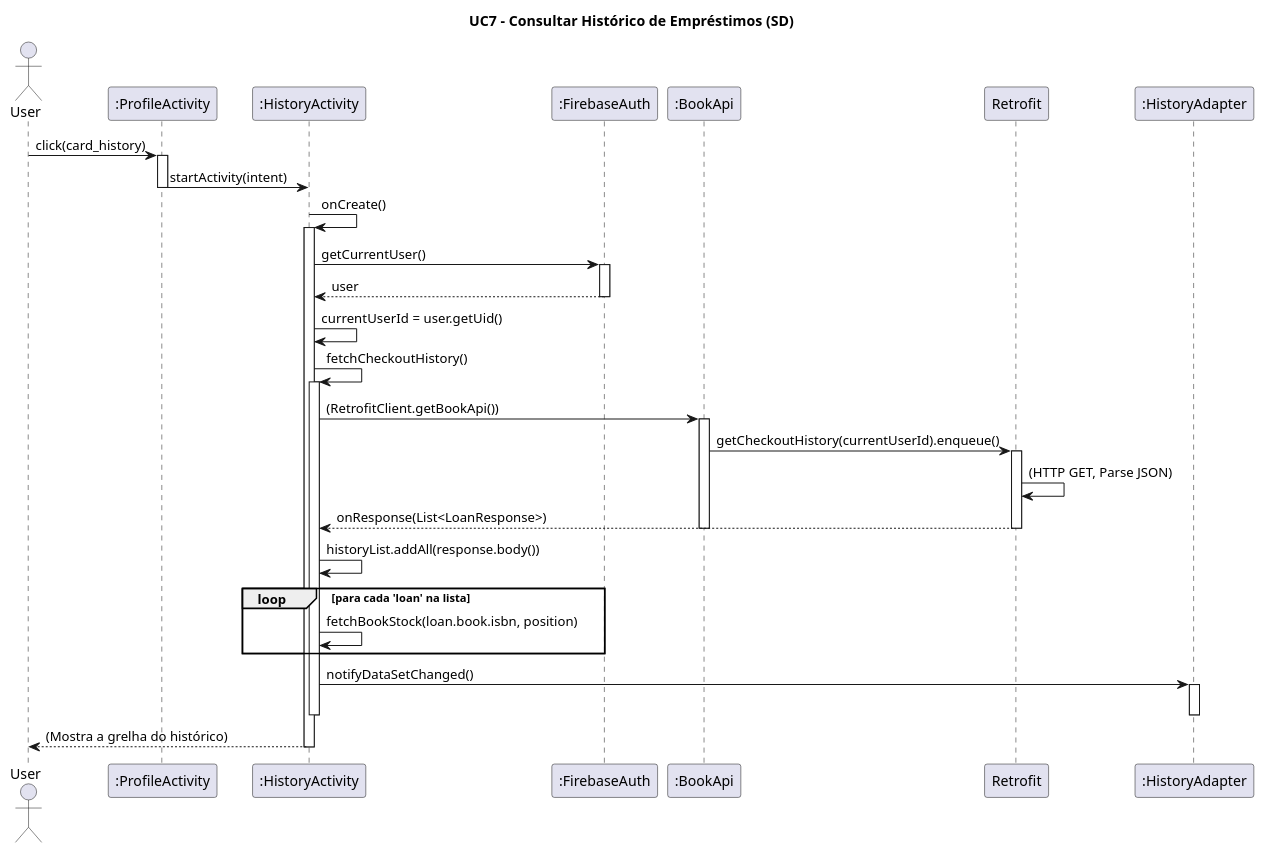
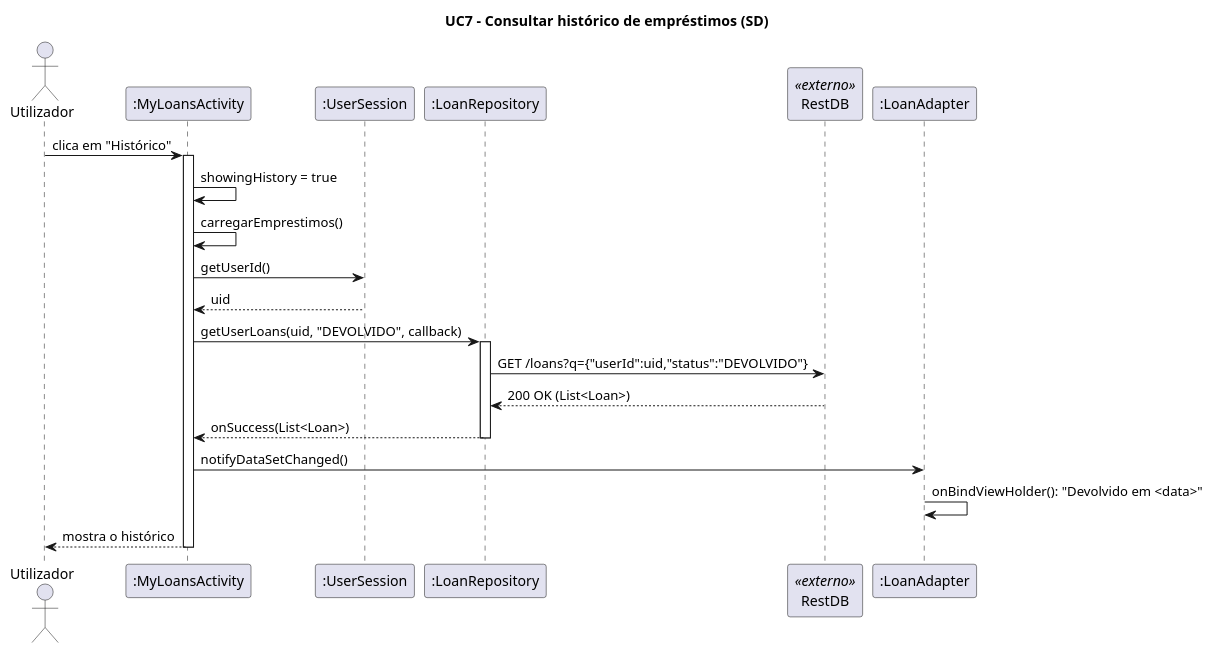
Before and after one commit to Diogo-29/DSSMV_ProjectDroid_1240632_1240857: the diagram in app/docs/UCs/UC7-SD.puml, drawn with PlantUML. The commit also changed 72 other files, not shown here.

```diff
--- a/app/docs/UCs/UC7-SD.puml
+++ b/app/docs/UCs/UC7-SD.puml
@@ -1,57 +1,28 @@
 @startuml
+title UC7 - Consultar histórico de empréstimos (SD)
+skinparam sequenceMessageAlign left
 
-title UC7 - Consultar Histórico de Empréstimos (SD)
+actor "Utilizador" as U
+participant ":MyLoansActivity" as A
+participant ":UserSession" as S
+participant ":LoanRepository" as R
+participant "RestDB" as DB <<externo>>
+participant ":LoanAdapter" as AD
 
-actor User
-participant ":ProfileActivity" as ProfileAct
-participant ":HistoryActivity" as HistAct
-participant ":FirebaseAuth" as Auth
-participant ":BookApi" as Api
-participant "Retrofit" as Retrofit
-participant ":HistoryAdapter" as Adapter
-
-User -> ProfileAct: click(card_history)
-activate ProfileAct
-
-    ProfileAct -> HistAct: startActivity(intent)
-deactivate ProfileAct
-
-HistAct -> HistAct: onCreate()
-activate HistAct
-
-    HistAct -> Auth: getCurrentUser()
-    activate Auth
-    Auth --> HistAct: user
-    deactivate Auth
-
-    HistAct -> HistAct: currentUserId = user.getUid()
-    HistAct -> HistAct: fetchCheckoutHistory()
-    activate HistAct
-
-        HistAct -> Api: (RetrofitClient.getBookApi())
-        activate Api
-
-        Api -> Retrofit: getCheckoutHistory(currentUserId).enqueue()
-        activate Retrofit
-            Retrofit -> Retrofit: (HTTP GET, Parse JSON)
-
-        Retrofit --> HistAct: onResponse(List<LoanResponse>)
-        deactivate Retrofit
-        deactivate Api
-
-        HistAct -> HistAct: historyList.addAll(response.body())
-
-        loop para cada 'loan' na lista
-            HistAct -> HistAct: fetchBookStock(loan.book.isbn, position)
-        end
-
-        HistAct -> Adapter: notifyDataSetChanged()
-        activate Adapter
-        deactivate Adapter
-
-    deactivate HistAct
-
-    HistAct --> User: (Mostra a grelha do histórico)
-deactivate HistAct
-
+U -> A: clica em "Histórico"
+activate A
+A -> A: showingHistory = true
+A -> A: carregarEmprestimos()
+A -> S: getUserId()
+S --> A: uid
+A -> R: getUserLoans(uid, "DEVOLVIDO", callback)
+activate R
+R -> DB: GET /loans?q={"userId":uid,"status":"DEVOLVIDO"}
+DB --> R: 200 OK (List<Loan>)
+R --> A: onSuccess(List<Loan>)
+deactivate R
+A -> AD: notifyDataSetChanged()
+AD -> AD: onBindViewHolder(): "Devolvido em <data>"
+A --> U: mostra o histórico
+deactivate A
 @enduml
```
